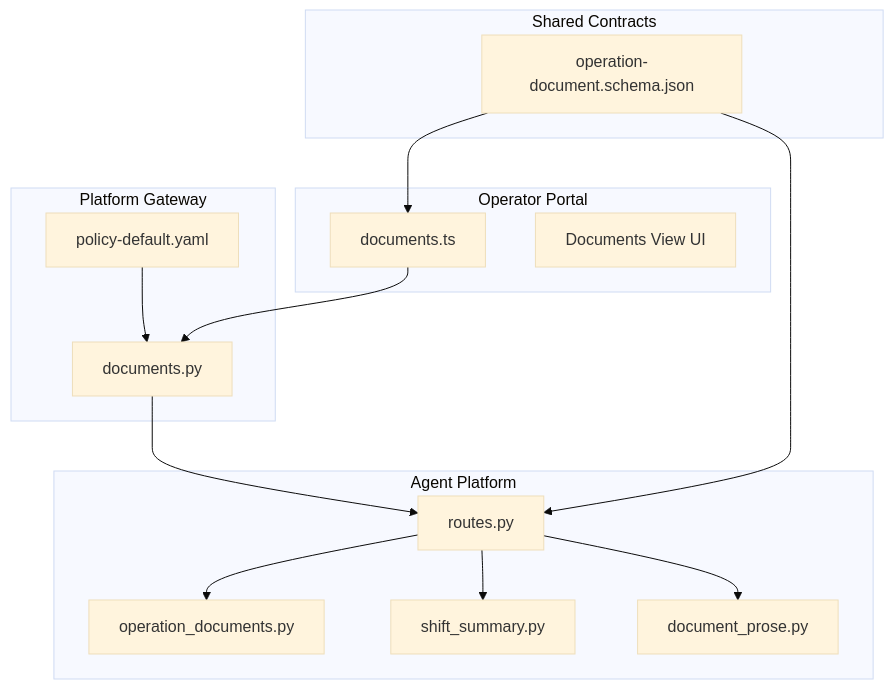
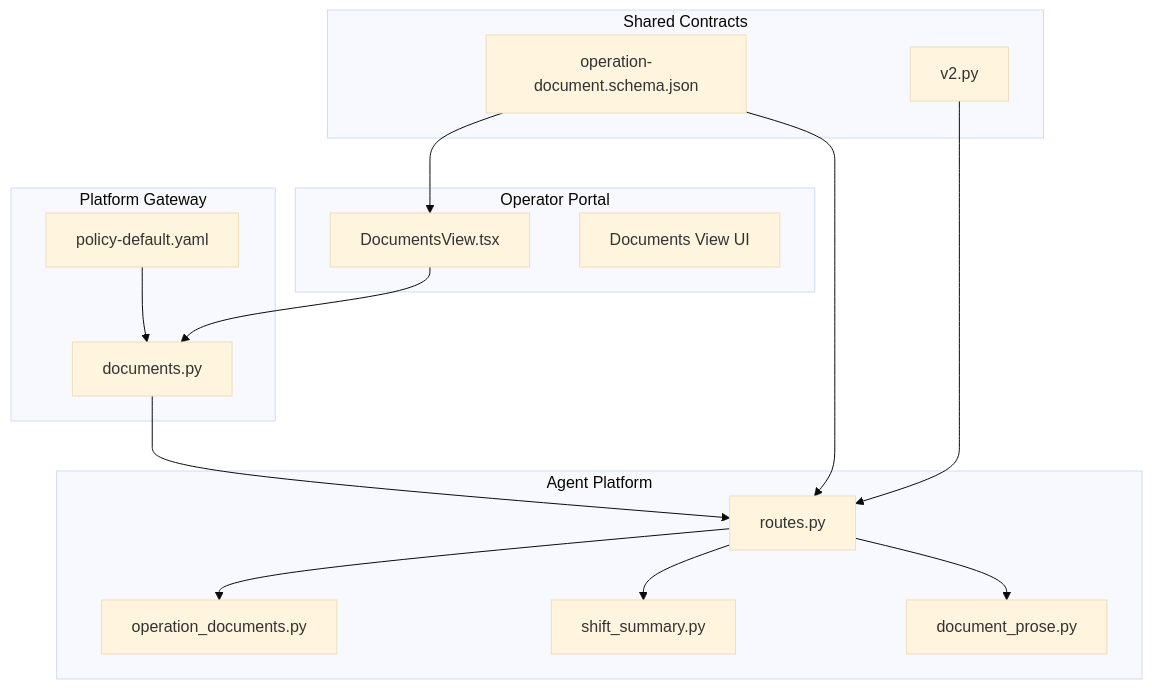
The first of 8 diagrams in .qoder/repowiki/en/content/Architecture Documentation/SPEC-039_ Operations Document Repository Specification.md (metasync/luban-aiops), drawn with Mermaid (base theme) before and after one commit. The commit also changed other lines of this file and 92 other files, not shown here.

````diff
--- a/.qoder/repowiki/en/content/Architecture Documentation/SPEC-039_ Operations Document Repository Specification.md
+++ b/.qoder/repowiki/en/content/Architecture Documentation/SPEC-039_ Operations Document Repository Specification.md
@@ -57,28 +59,30 @@
 ```mermaid
 graph TB
 subgraph "Agent Platform"
 A["operation_documents.py"]
 B["shift_summary.py"]
 C["document_prose.py"]
 D["routes.py"]
 end
 subgraph "Platform Gateway"
 E["documents.py"]
 F["policy-default.yaml"]
 end
 subgraph "Operator Portal"
-G["documents.ts"]
+G["DocumentsView.tsx"]
 H["Documents View UI"]
 end
 subgraph "Shared Contracts"
 I["operation-document.schema.json"]
+J["v2.py"]
 end
 D --> A
 D --> B
 D --> C
 E --> D
 F --> E
 G --> E
 I --> D
 I --> G
+J --> D
 ```
````
